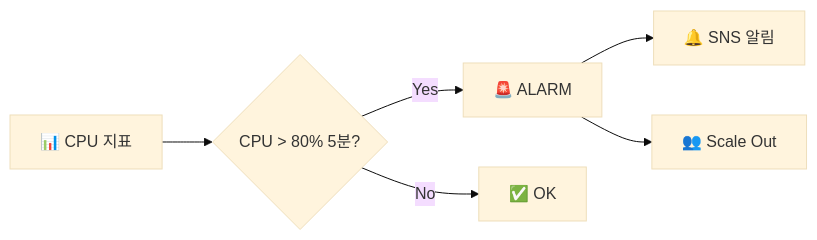
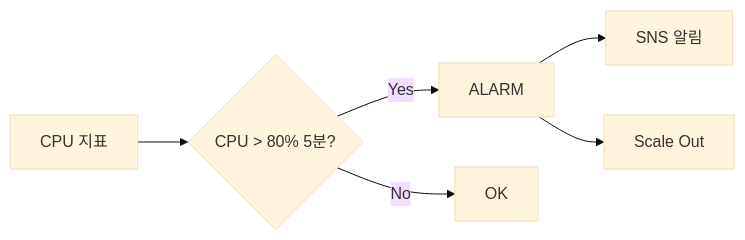
The second of 2 diagrams in contents/aws/monitoring/cloudwatch/index.mdx (una0801/yoona-tech), drawn with Mermaid (base theme) before and after one commit. The commit also changed other lines of this file and 56 other files, not shown here.

````diff
--- a/contents/aws/monitoring/cloudwatch/index.mdx
+++ b/contents/aws/monitoring/cloudwatch/index.mdx
@@ -103,8 +86,8 @@
 ```mermaid
 flowchart LR
-    M["📊 CPU 지표"] --> A{"CPU > 80% 5분?"}
-    A -->|Yes| ALARM["🚨 ALARM"]
-    A -->|No| OK["✅ OK"]
-    ALARM --> SNS["🔔 SNS 알림"]
-    ALARM --> Scale["👥 Scale Out"]
+    M["CPU 지표"] --> A{"CPU > 80% 5분?"}
+    A -->|Yes| ALARM["ALARM"]
+    A -->|No| OK["OK"]
+    ALARM --> SNS["SNS 알림"]
+    ALARM --> Scale["Scale Out"]
 ```
````
